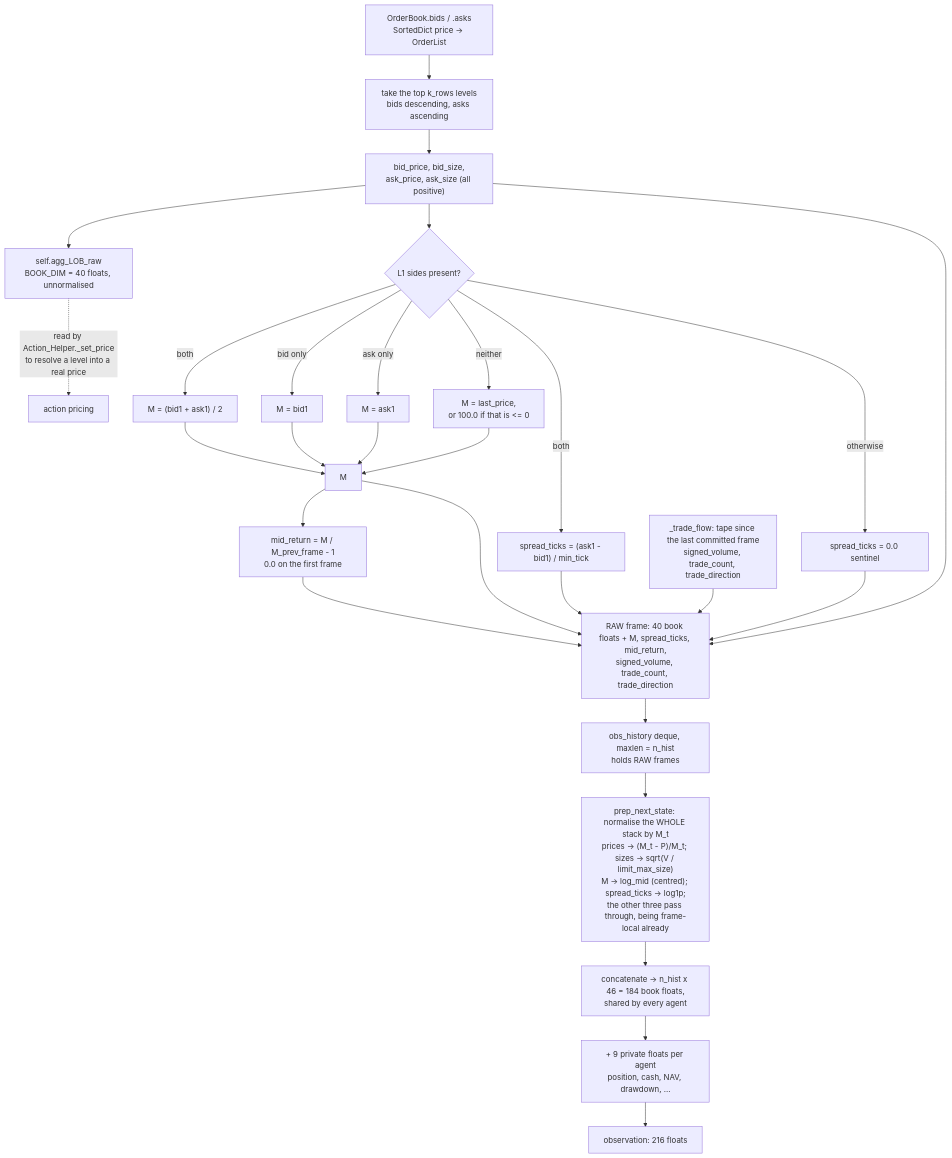
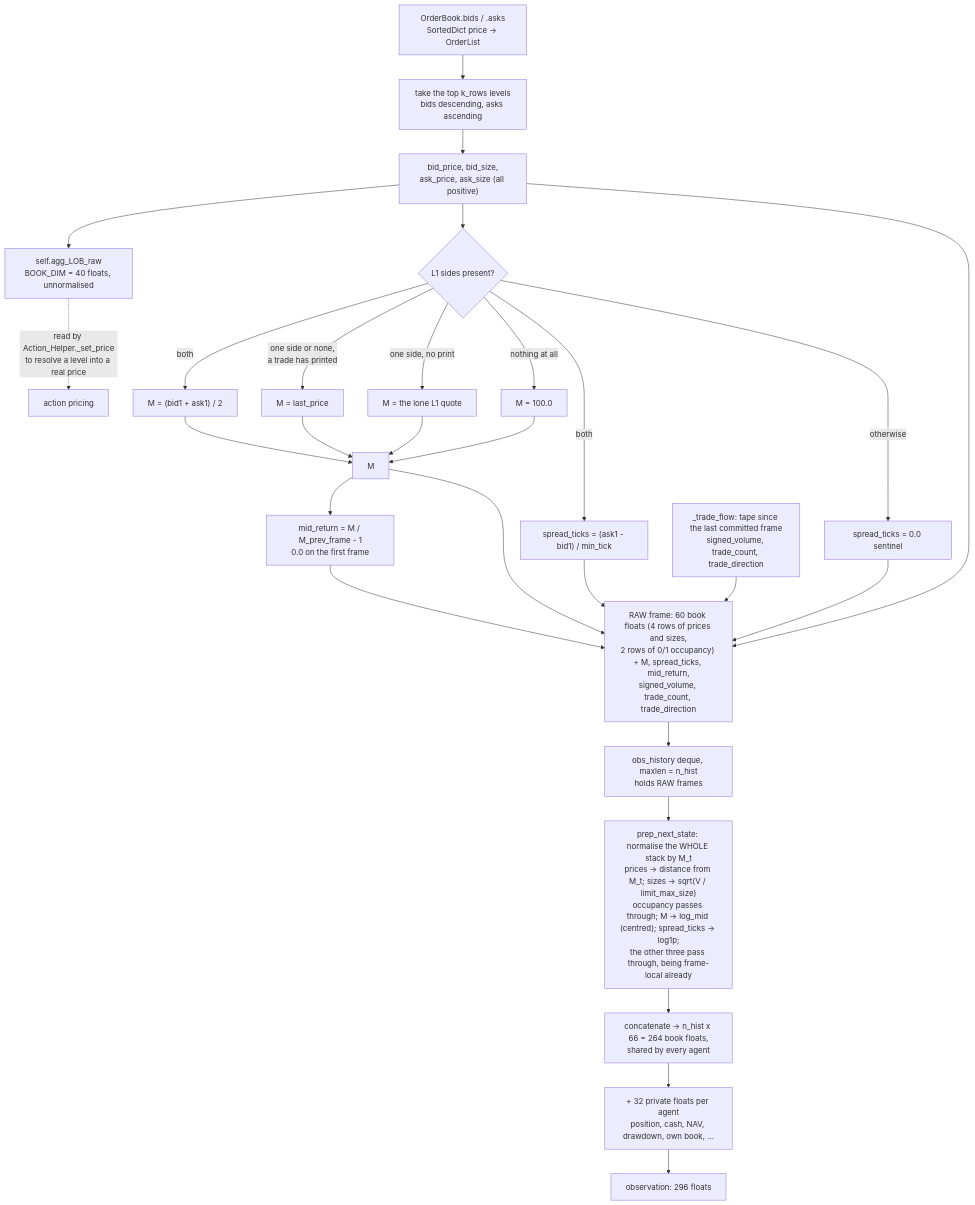
One commit to ChuaCheowHuan/gym-continuousDoubleAuction changed the first of 2 diagrams in doc/05_observation_space.md. Above: the diagram before and after it, drawn with Mermaid. The commit also changed other lines of this file and 25 other files, not shown here.

````diff
--- a/doc/05_observation_space.md
+++ b/doc/05_observation_space.md
@@ -137,37 +139,37 @@
 ```mermaid
 flowchart TD
     LOB["OrderBook.bids / .asks<br/>SortedDict price -> OrderList"] --> TOP["take the top k_rows levels<br/>bids descending, asks ascending"]
     TOP --> RAW["bid_price, bid_size,<br/>ask_price, ask_size (all positive)"]
     RAW --> KEEP["self.agg_LOB_raw<br/>BOOK_DIM = 40 floats, unnormalised"]
     KEEP -.->|"read by Action_Helper._set_price<br/>to resolve a level into a real price"| ACT["action pricing"]
 
     RAW --> M{"L1 sides present?"}
     M -->|"both"| M1["M = (bid1 + ask1) / 2"]
-    M -->|"bid only"| M2["M = bid1"]
-    M -->|"ask only"| M3["M = ask1"]
-    M -->|"neither"| M4["M = last_price,<br/>or 100.0 if that is <= 0"]
+    M -->|"one side or none,<br/>a trade has printed"| M2["M = last_price"]
+    M -->|"one side, no print"| M3["M = the lone L1 quote"]
+    M -->|"nothing at all"| M4["M = 100.0"]
 
     M1 --> MID["M"]
     M2 --> MID
     M3 --> MID
     M4 --> MID
 
     M -->|"both"| SPREAD["spread_ticks = (ask1 - bid1) / min_tick"]
     M -->|"otherwise"| SENT["spread_ticks = 0.0 sentinel"]
     MID --> MR["mid_return = M / M_prev_frame - 1<br/>0.0 on the first frame"]
     TAPE["_trade_flow: tape since the last committed frame<br/>signed_volume, trade_count, trade_direction"]
 
     RAW --> FRAME
     MID --> FRAME
     SPREAD --> FRAME
     SENT --> FRAME
     MR --> FRAME
     TAPE --> FRAME
-    FRAME["RAW frame: 40 book floats + M, spread_ticks, mid_return,<br/>signed_volume, trade_count, trade_direction"]
+    FRAME["RAW frame: 60 book floats (4 rows of prices and sizes,<br/>2 rows of 0/1 occupancy) + M, spread_ticks, mid_return,<br/>signed_volume, trade_count, trade_direction"]
 
     FRAME --> DEQ["obs_history deque, maxlen = n_hist<br/>holds RAW frames"]
-    DEQ --> NORM["prep_next_state: normalise the WHOLE stack by M_t<br/>prices -> (M_t - P)/M_t; sizes -> sqrt(V / limit_max_size)<br/>M -> log_mid (centred); spread_ticks -> log1p;<br/>the other three pass through, being frame-local already"]
-    NORM --> OBS["concatenate -> n_hist x 46 = 184 book floats,<br/>shared by every agent"]
-    OBS --> PRIV["+ 9 private floats per agent<br/>position, cash, NAV, drawdown, ..."]
-    PRIV --> FULL["observation: 216 floats"]
+    DEQ --> NORM["prep_next_state: normalise the WHOLE stack by M_t<br/>prices -> distance from M_t; sizes -> sqrt(V / limit_max_size)<br/>occupancy passes through; M -> log_mid (centred); spread_ticks -> log1p;<br/>the other three pass through, being frame-local already"]
+    NORM --> OBS["concatenate -> n_hist x 66 = 264 book floats,<br/>shared by every agent"]
+    OBS --> PRIV["+ 32 private floats per agent<br/>position, cash, NAV, drawdown, own book, ..."]
+    PRIV --> FULL["observation: 296 floats"]
 ```
````
